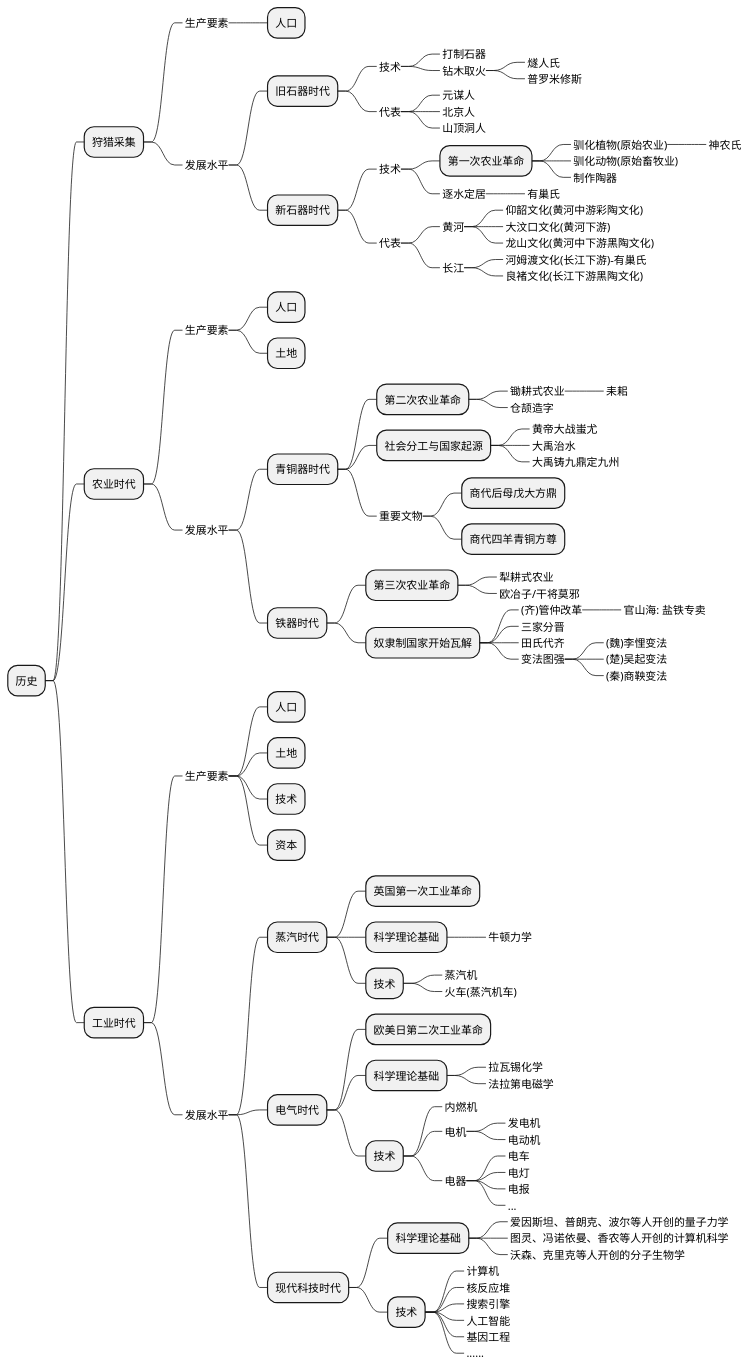
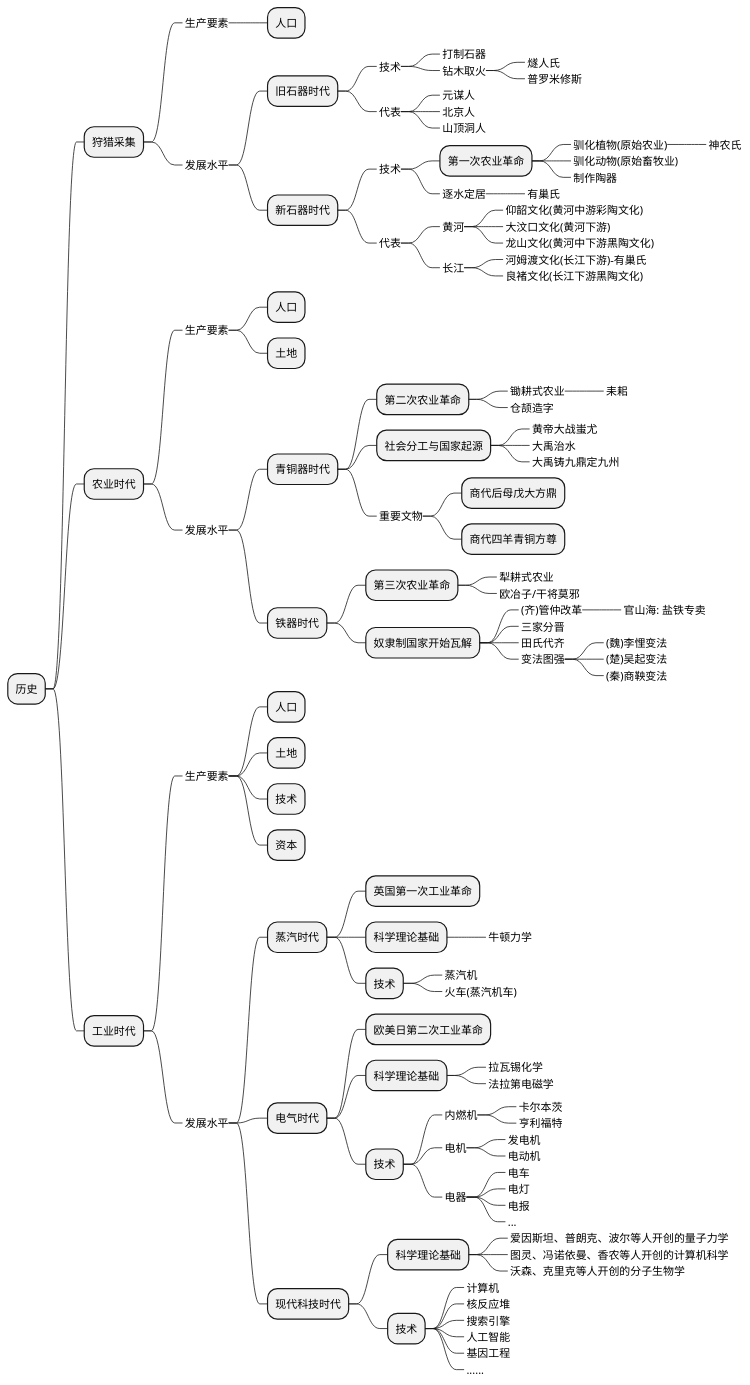
The diagram in source/_posts/economic/economic_and_history.md (holmofy/blog.hufeifei.cn), drawn with PlantUML before and after one commit.

```diff
--- a/source/_posts/economic/economic_and_history.md
+++ b/source/_posts/economic/economic_and_history.md
@@ -98,6 +98,8 @@
 ++++++_ 法拉第电磁学
 +++++ 技术
 ++++++_ 内燃机
++++++++_ 卡尔本茨
++++++++_ 亨利福特
 ++++++_ 电机
 +++++++_ 发电机
 +++++++_ 电动机
```
